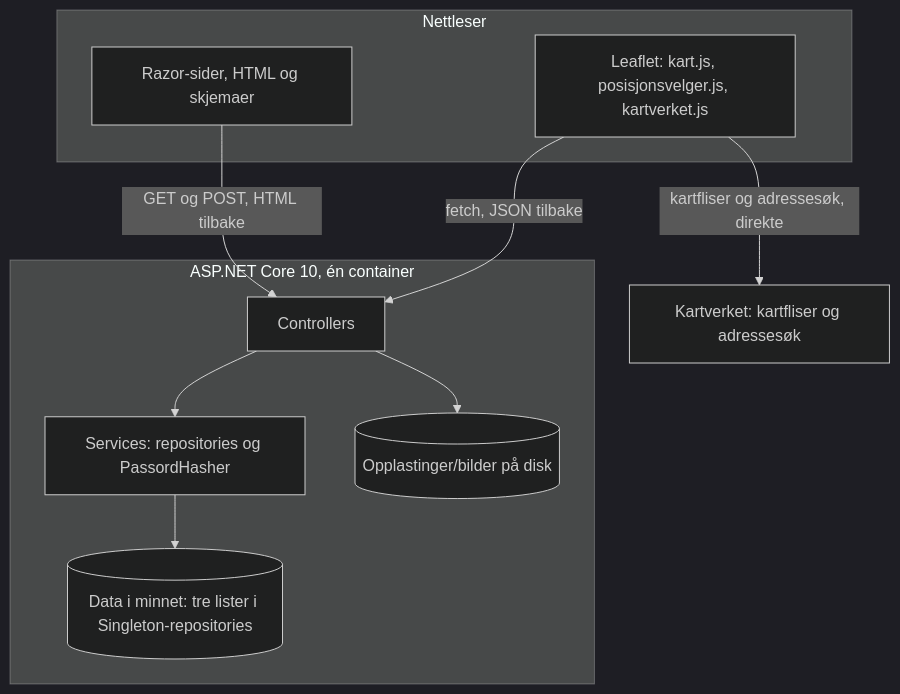
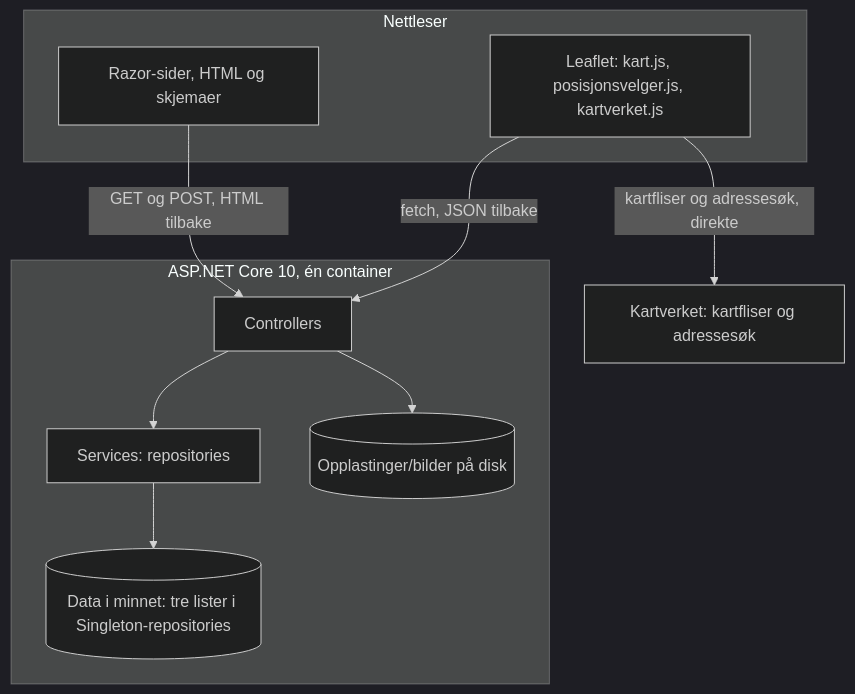
One commit to thilomoi05/Prosjekt_host_1 changed the first of 6 diagrams in docs/arkitektur.md. Above: the diagram before and after it, drawn with Mermaid (dark theme). The commit also changed other lines of this file and 6 other files, not shown here.

Commit message:
Fjerner manuell passord hashing og legger til dokumentasjon i readme og akitektur.md for hvorfor den er fjernet

````diff
--- a/docs/arkitektur.md
+++ b/docs/arkitektur.md
@@ -29,23 +29,23 @@
 ```mermaid
 flowchart TB
     subgraph nettleser["Nettleser"]
         sider["Razor-sider, HTML og skjemaer"]
         kartjs["Leaflet: kart.js, posisjonsvelger.js, kartverket.js"]
     end
 
     subgraph app["ASP.NET Core 10, én container"]
         ctrl["Controllers"]
-        svc["Services: repositories og PassordHasher"]
+        svc["Services: repositories"]
         minne[("Data i minnet: tre lister i Singleton-repositories")]
         disk[("Opplastinger/bilder på disk")]
     end
 
     kv["Kartverket: kartfliser og adressesøk"]
 
     sider -->|"GET og POST, HTML tilbake"| ctrl
     kartjs -->|"fetch, JSON tilbake"| ctrl
     kartjs -->|"kartfliser og adressesøk, direkte"| kv
     ctrl --> svc
     svc --> minne
     ctrl --> disk
 ```
````
